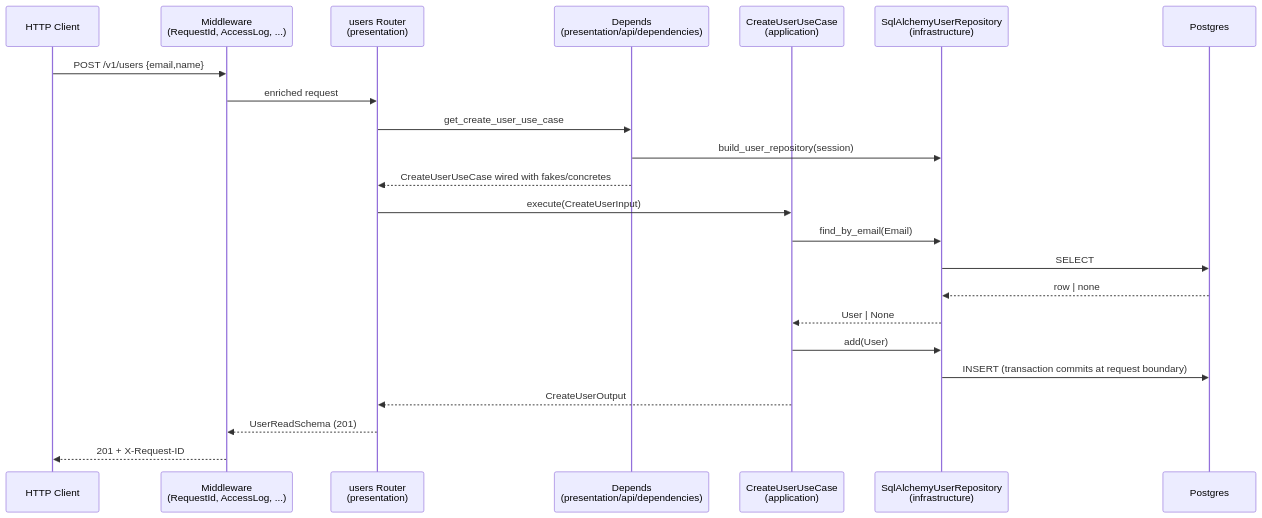
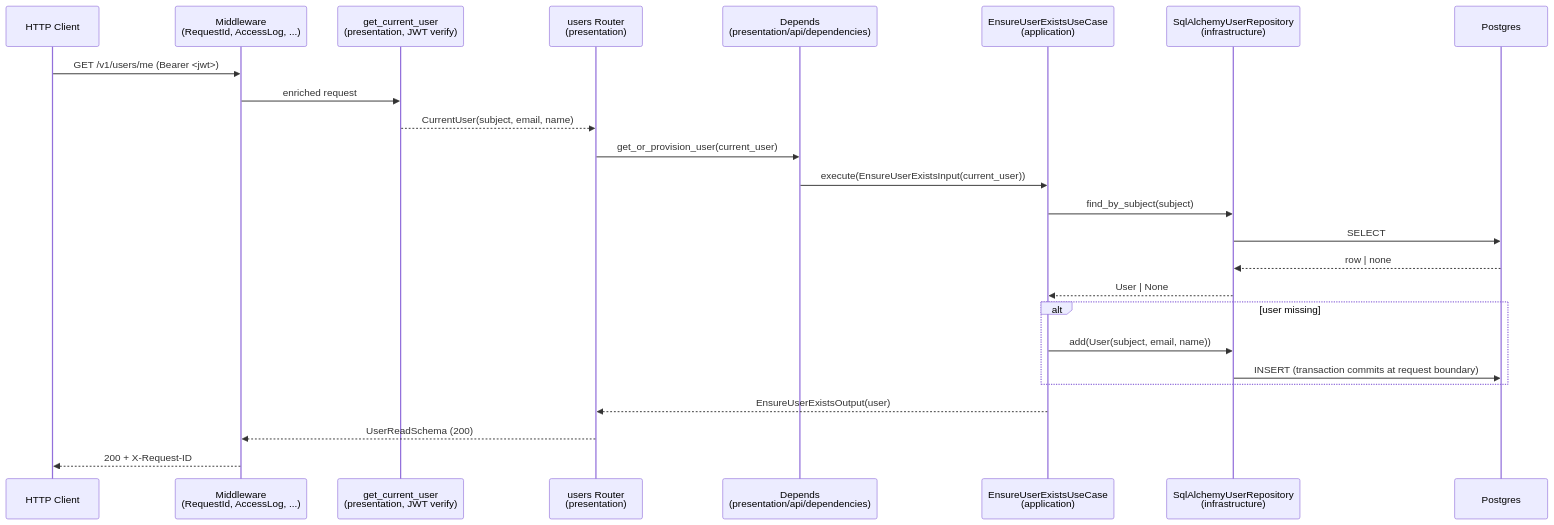
One commit to soma-smart/dev-soma-template changed the second of 2 diagrams in {{cookiecutter.project_slug}}/docs/architecture.md. Above: the diagram before and after it, drawn with Mermaid. The commit also changed other lines of this file and 10 other files, not shown here.

````diff
--- a/{{cookiecutter.project_slug}}/docs/architecture.md
+++ b/{{cookiecutter.project_slug}}/docs/architecture.md
@@ -38,26 +38,28 @@
 ```mermaid
 sequenceDiagram
     participant C as HTTP Client
     participant M as Middleware<br/>(RequestId, AccessLog, ...)
+    participant Auth as get_current_user<br/>(presentation, JWT verify)
     participant R as users Router<br/>(presentation)
     participant DI as Depends<br/>(presentation/api/dependencies)
-    participant U as CreateUserUseCase<br/>(application)
+    participant U as EnsureUserExistsUseCase<br/>(application)
     participant Repo as SqlAlchemyUserRepository<br/>(infrastructure)
     participant DB as Postgres
 
-    C->>M: POST /v1/users {email,name}
-    M->>R: enriched request
-    R->>DI: get_create_user_use_case
-    DI->>Repo: build_user_repository(session)
-    DI-->>R: CreateUserUseCase wired with fakes/concretes
-    R->>U: execute(CreateUserInput)
-    U->>Repo: find_by_email(Email)
+    C->>M: GET /v1/users/me (Bearer <jwt>)
+    M->>Auth: enriched request
+    Auth-->>R: CurrentUser(subject, email, name)
+    R->>DI: get_or_provision_user(current_user)
+    DI->>U: execute(EnsureUserExistsInput(current_user))
+    U->>Repo: find_by_subject(subject)
     Repo->>DB: SELECT
     DB-->>Repo: row | none
     Repo-->>U: User | None
-    U->>Repo: add(User)
-    Repo->>DB: INSERT (transaction commits at request boundary)
-    U-->>R: CreateUserOutput
-    R-->>M: UserReadSchema (201)
-    M-->>C: 201 + X-Request-ID
+    alt user missing
+        U->>Repo: add(User(subject, email, name))
+        Repo->>DB: INSERT (transaction commits at request boundary)
+    end
+    U-->>R: EnsureUserExistsOutput(user)
+    R-->>M: UserReadSchema (200)
+    M-->>C: 200 + X-Request-ID
 ```
````
